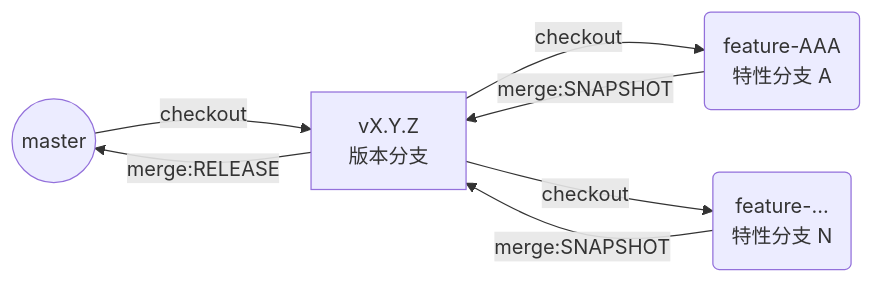
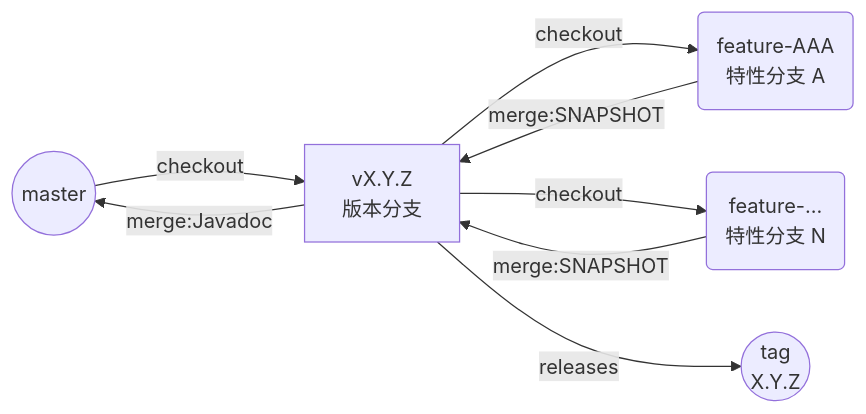
One commit to EXP-Codes/exp-libs-refactor changed the first of 2 diagrams in DevSOP.md. Above: the diagram before and after it, drawn with Mermaid.

````diff
--- a/DevSOP.md
+++ b/DevSOP.md
@@ -28,9 +28,10 @@
 ```mermaid
 graph LR
     master((master)) -- checkout --> version[vX.Y.Z<br/>版本分支]
     version -- checkout --> featureA(feature-AAA<br/>特性分支 A)
     version -- checkout --> featureN(feature-...<br/>特性分支 N)
     featureA -- merge:SNAPSHOT --> version
     featureN -- merge:SNAPSHOT --> version
-    version -- merge:RELEASE --> master
+    version -- merge:Javadoc --> master
+    version -- releases --> tag((tag<br/>X.Y.Z))
 ```
````
